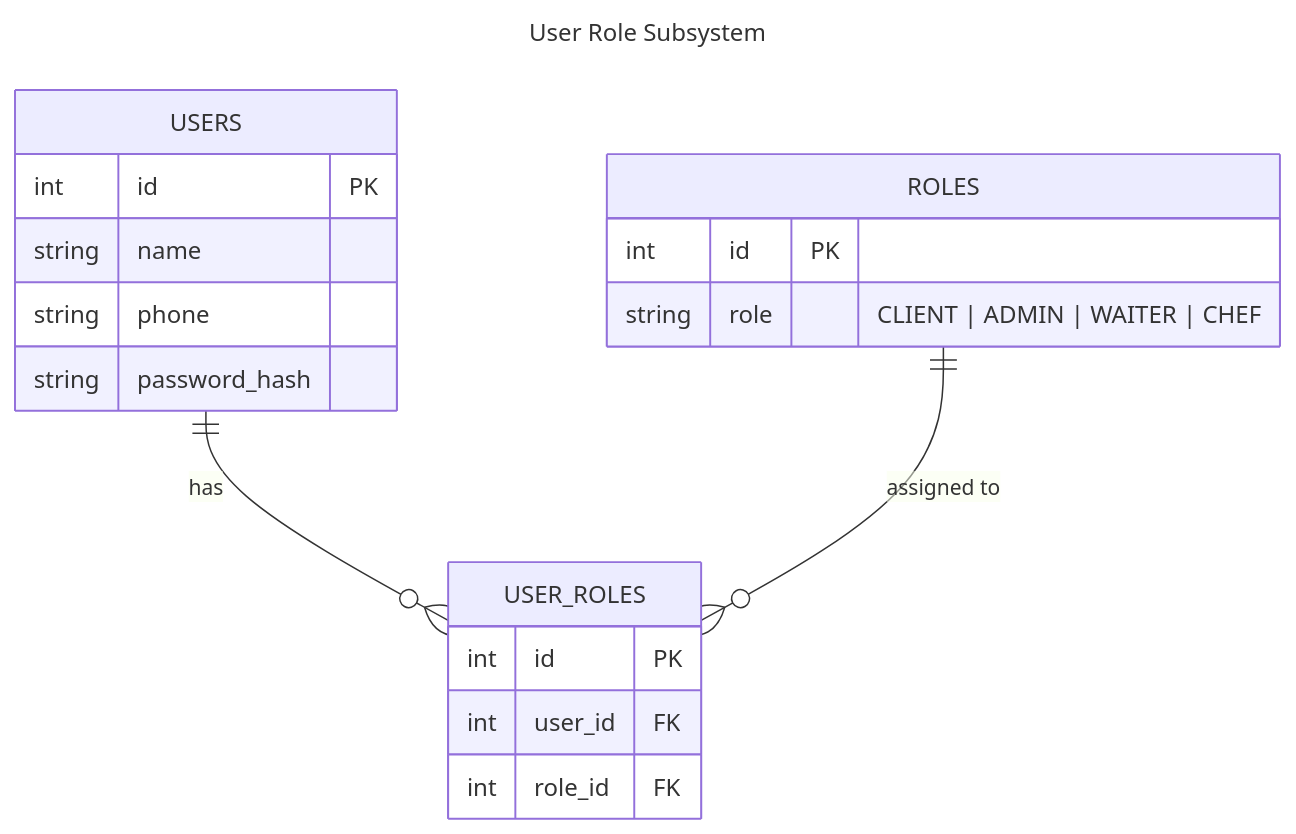
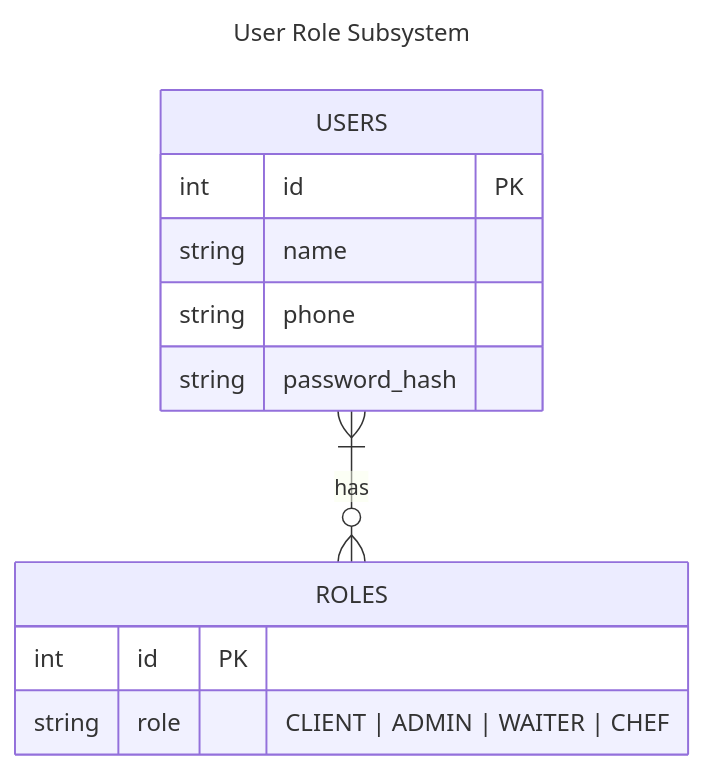
Before and after one commit to cyjiky/TableFlow: the diagram in Labs/Lab1/models/user_model.mmd, drawn with Mermaid. The commit also changed 3 other files, not shown here.

Commit message:
Remove intermediate tables from the schema for Lab1

```diff
--- a/Labs/Lab1/models/user_model.mmd
+++ b/Labs/Lab1/models/user_model.mmd
@@ -1,24 +1,17 @@
 ---
 title: User Role Subsystem
 ---
 erDiagram
-    USERS ||--o{ USER_ROLES : "has"
-    ROLES ||--o{ USER_ROLES : "assigned to"
+    USERS }|--o{ ROLES : "has"
 
     USERS {
         int id PK
         string name
         string phone
         string password_hash
     }
 
     ROLES {
         int id PK
         string role "CLIENT | ADMIN | WAITER | CHEF"
     }
-
-    USER_ROLES {
-        int id PK
-        int user_id FK
-        int role_id FK
-    }
```
